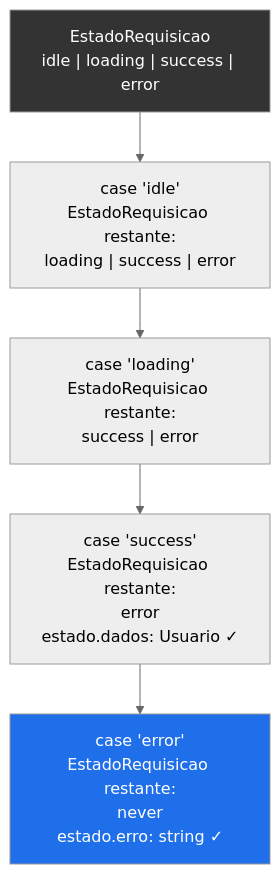
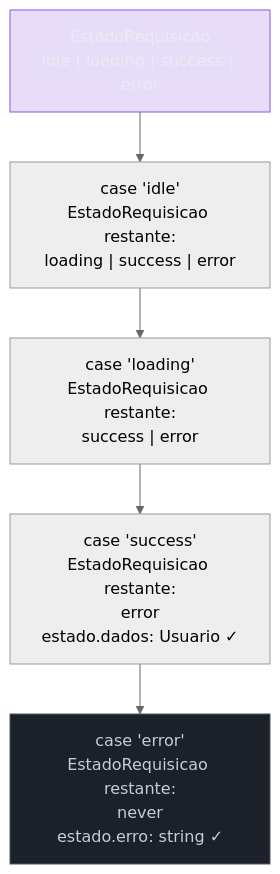
Before and after one commit to josenaldo/codex-technomanticus: the first of 3 diagrams in 03-Dominios/Tecnologia/TypeScript/08 - Discriminated unions e exhaustiveness.md, drawn with Mermaid (neutral theme). The commit also changed other lines of this file and 1181 other files, not shown here.

First line of the commit message:
fix(diagramas): paleta do sistema no lugar de cor cravada no markdown

````diff
--- a/03-Dominios/Tecnologia/TypeScript/08 - Discriminated unions e exhaustiveness.md
+++ b/03-Dominios/Tecnologia/TypeScript/08 - Discriminated unions e exhaustiveness.md
@@ -109,13 +109,15 @@
 ```mermaid
 flowchart TD
+    classDef neutro fill:#1B2029,stroke:#4E5666,color:#C6CCD8
+    classDef marca fill:#8855DF33,stroke:#8855DF,color:#E9ECF2
     EU["EstadoRequisicao\nidle | loading | success | error"]
     CI["case 'idle'\nEstadoRequisicao restante:\nloading | success | error"]
     CL["case 'loading'\nEstadoRequisicao restante:\nsuccess | error"]
     CS["case 'success'\nEstadoRequisicao restante:\nerror\nestado.dados: Usuario ✓"]
     CE["case 'error'\nEstadoRequisicao restante:\nnever\nestado.erro: string ✓"]
 
     EU --> CI --> CL --> CS --> CE
 
-    style CE fill:#1f6feb,color:#fff
-    style EU fill:#333,color:#fff
+    class CE neutro
+    class EU marca
 ```
````
